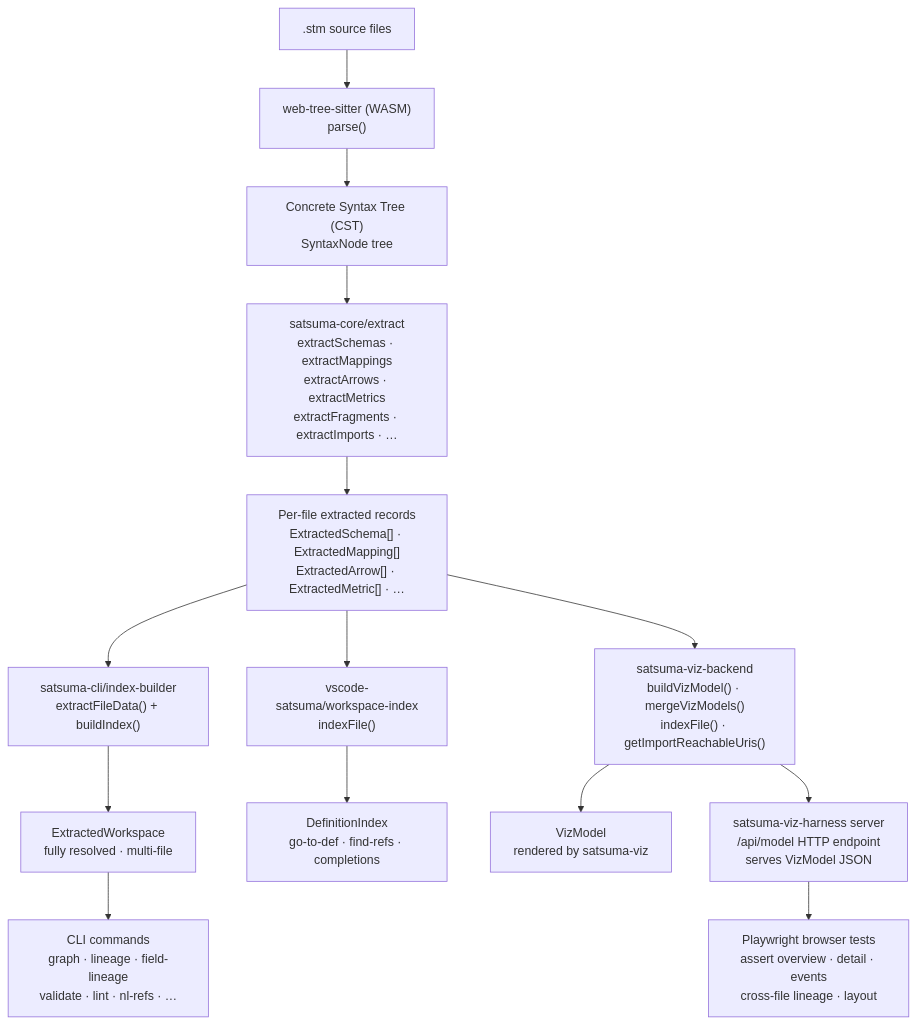
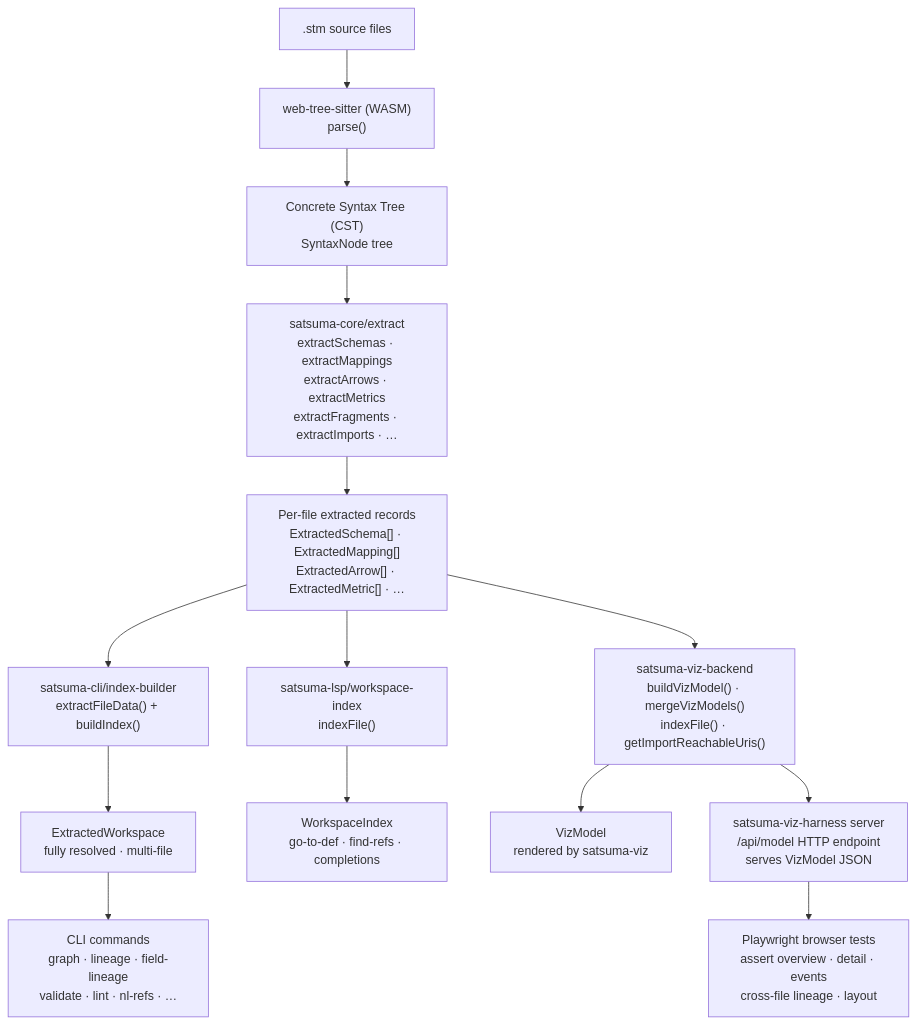
One commit to thorbenlouw/satsuma-lang changed the second of 6 diagrams in docs/developer/ARCHITECTURE.md. Above: the diagram before and after it, drawn with Mermaid. The commit also changed other lines of this file and 1 other file, not shown here.

````diff
--- a/docs/developer/ARCHITECTURE.md
+++ b/docs/developer/ARCHITECTURE.md
@@ -59,25 +61,25 @@
 ```mermaid
 flowchart TD
   SRC[".stm source files"]
   PARSE["web-tree-sitter (WASM)\nparse()"]
   CST["Concrete Syntax Tree (CST)\nSyntaxNode tree"]
   EXTRACT["satsuma-core/extract\nextractSchemas · extractMappings\nextractArrows · extractMetrics\nextractFragments · extractImports · …"]
   RECORDS["Per-file extracted records\nExtractedSchema[] · ExtractedMapping[]\nExtractedArrow[] · ExtractedMetric[] · …"]
 
   IDXB["satsuma-cli/index-builder\nextractFileData() + buildIndex()"]
   WI["ExtractedWorkspace\nfully resolved · multi-file"]
   CMDS["CLI commands\ngraph · lineage · field-lineage\nvalidate · lint · nl-refs · …"]
 
-  WSIDX["vscode-satsuma/workspace-index\nindexFile()"]
-  DEFIDX["DefinitionIndex\ngo-to-def · find-refs · completions"]
+  WSIDX["satsuma-lsp/workspace-index\nindexFile()"]
+  DEFIDX["WorkspaceIndex\ngo-to-def · find-refs · completions"]
   VIZB["satsuma-viz-backend\nbuildVizModel() · mergeVizModels()\nindexFile() · getImportReachableUris()"]
   VIZM["VizModel\nrendered by satsuma-viz"]
   HARNESS["satsuma-viz-harness server\n/api/model HTTP endpoint\nserves VizModel JSON"]
   PLAYWRIGHT["Playwright browser tests\nassert overview · detail · events\ncross-file lineage · layout"]
 
   SRC --> PARSE --> CST --> EXTRACT --> RECORDS
   RECORDS --> IDXB --> WI --> CMDS
   RECORDS --> WSIDX --> DEFIDX
   RECORDS --> VIZB --> VIZM
   VIZB --> HARNESS --> PLAYWRIGHT
 ```
````
